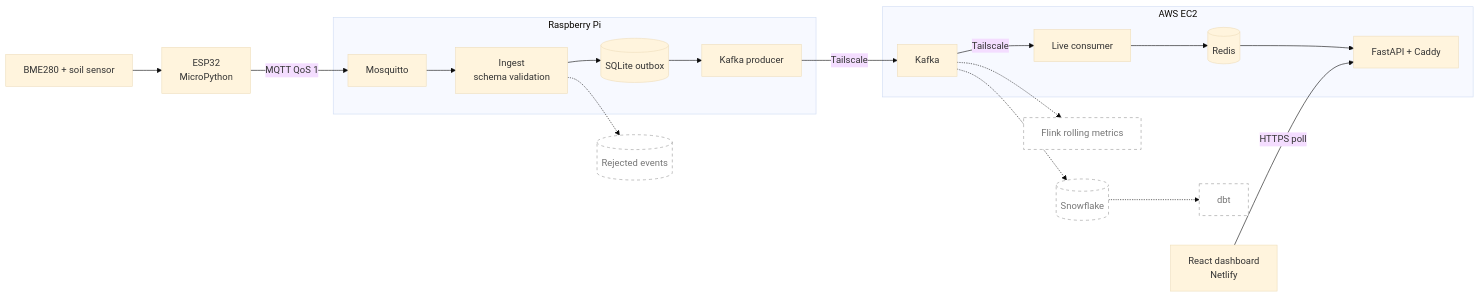
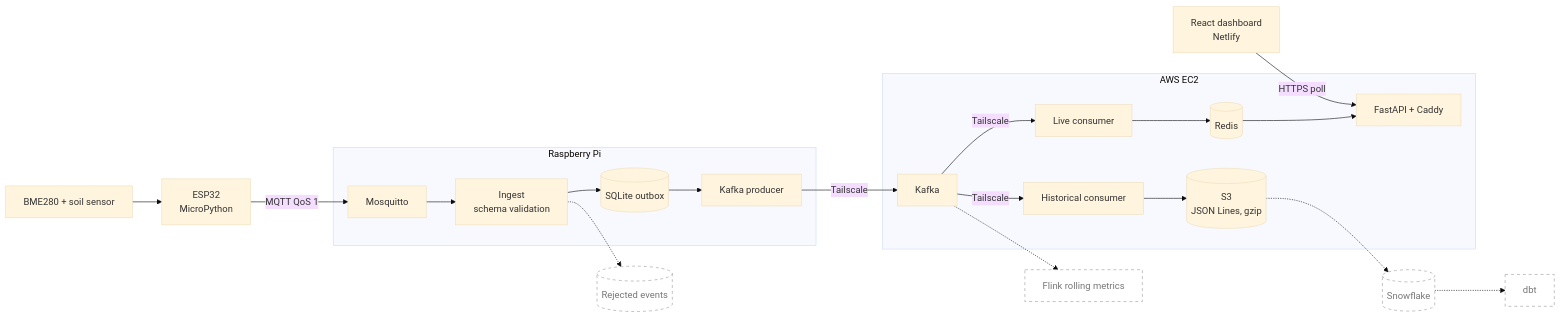
One commit to 0GregoryJ/greenhouse-iot-streaming-pipeline changed the diagram in README.md. Above: the diagram before and after it, drawn with Mermaid (base theme). The commit also changed other lines of this file and 26 other files, not shown here.

Commit message:
Added historical consumer -> S3 bucket

````diff
--- a/README.md
+++ b/README.md
@@ -32,31 +32,33 @@
 ```mermaid
 flowchart LR
   sensors["BME280 + soil sensor"] --> esp["ESP32<br/>MicroPython"]
 
   subgraph pi["Raspberry Pi"]
     mqtt["Mosquitto"] --> ingest["Ingest<br/>schema validation"]
     ingest --> sqlite[("SQLite outbox")]
     sqlite --> prod["Kafka producer"]
   end
 
   subgraph aws["AWS EC2"]
     kafka["Kafka"]
     consumer["Live consumer"] --> redis[("Redis")]
     redis --> api["FastAPI + Caddy"]
+    hist["Historical consumer"] --> s3[("S3<br/>JSON Lines, gzip")]
   end
 
   dash["React dashboard<br/>Netlify"]
 
   esp -->|"MQTT QoS 1"| mqtt
   prod -->|"Tailscale"| kafka
   kafka -->|"Tailscale"| consumer
+  kafka -->|"Tailscale"| hist
   dash -->|"HTTPS poll"| api
 
   ingest -.-> dlq[("Rejected events")]
   kafka -.-> flink["Flink rolling metrics"]
-  kafka -.-> snow[("Snowflake")]
+  s3 -.-> snow[("Snowflake")]
   snow -.-> dbt["dbt"]
 
   classDef planned fill:#fff,stroke:#999,stroke-dasharray:5 5,color:#777;
   class dlq,flink,snow,dbt planned;
 ```
````
